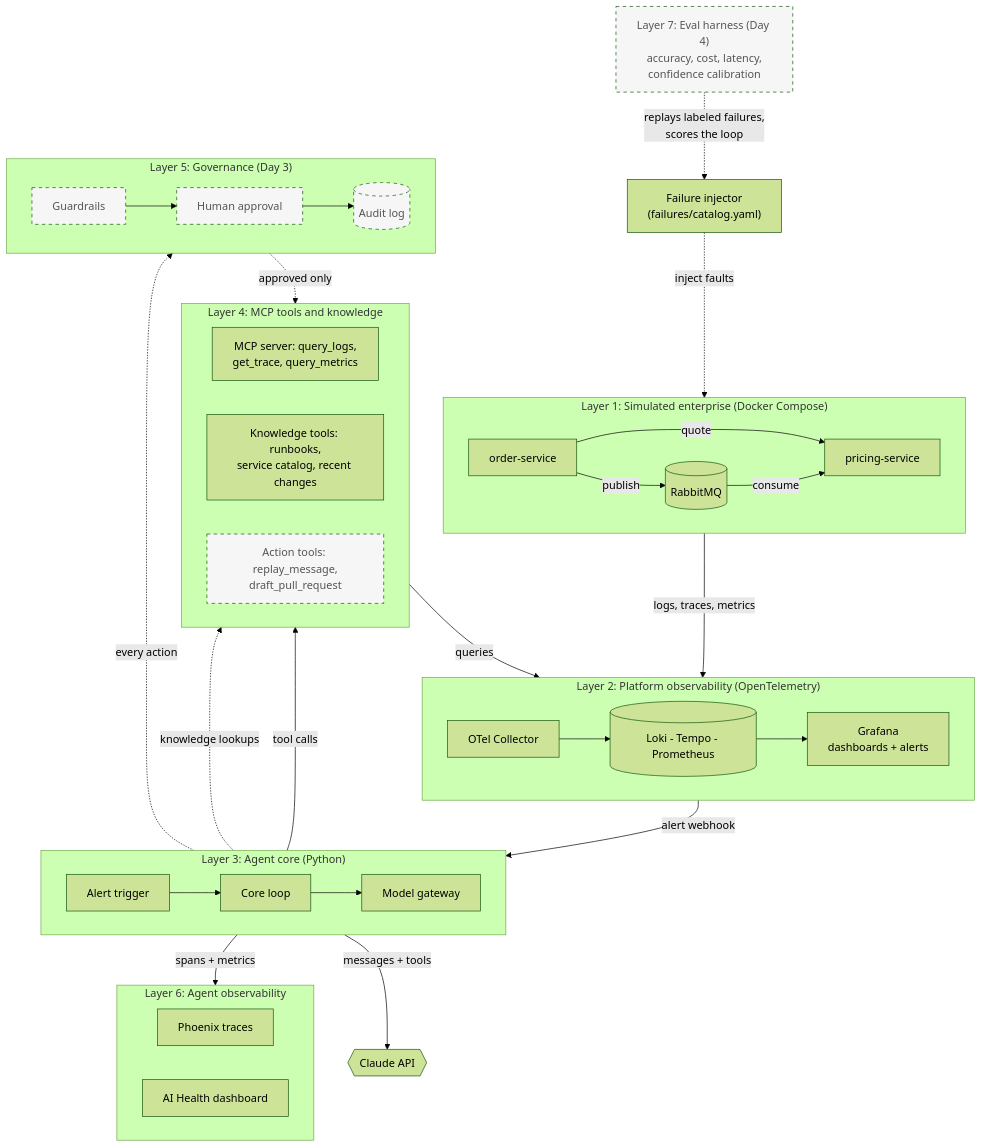
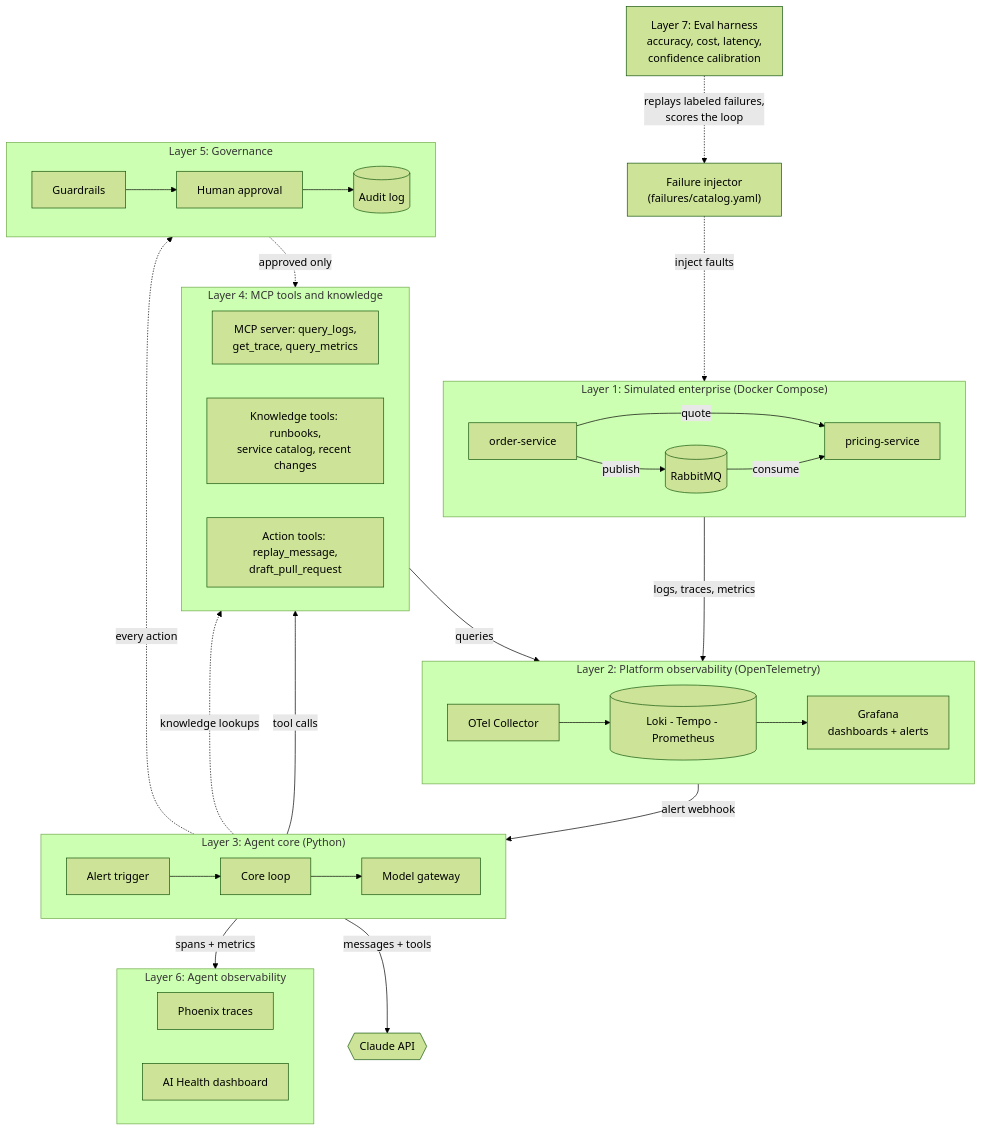
Before and after one commit to ankgupt9/agentic-incident-response: the fourth of 9 diagrams in docs/solution-design.md, drawn with Mermaid (forest theme). The commit also changed other lines of this file and 23 other files, not shown here.

````diff
--- a/docs/solution-design.md
+++ b/docs/solution-design.md
@@ -237,57 +237,57 @@
 ```mermaid
 flowchart TB
     INJ["Failure injector<br/>(failures/catalog.yaml)"]
 
     subgraph L1["Layer 1: Simulated enterprise (Docker Compose)"]
         direction LR
         ORD["order-service"] -- "quote" --> PRC["pricing-service"]
         ORD -- "publish" --> MQ[("RabbitMQ")]
         MQ -- "consume" --> PRC
     end
 
     subgraph L2["Layer 2: Platform observability (OpenTelemetry)"]
         direction LR
         COL["OTel Collector"] --> STORES[("Loki - Tempo - Prometheus")] --> GRAF["Grafana<br/>dashboards + alerts"]
     end
 
     subgraph L3["Layer 3: Agent core (Python)"]
         direction LR
         SVC["Alert trigger"] --> LOOP["Core loop"] --> GW["Model gateway"]
     end
 
     CLAUDE{{"Claude API"}}
 
     subgraph L4["Layer 4: MCP tools and knowledge"]
         direction LR
         MCP["MCP server: query_logs,<br/>get_trace, query_metrics"]
         KN["Knowledge tools: runbooks,<br/>service catalog, recent changes"]
-        ACT["Action tools: replay_message,<br/>draft_pull_request"]:::planned
+        ACT["Action tools: replay_message,<br/>draft_pull_request"]
     end
 
-    subgraph L5["Layer 5: Governance (Day 3)"]
+    subgraph L5["Layer 5: Governance"]
         direction LR
-        GR["Guardrails"]:::planned --> AP["Human approval"]:::planned --> AUD[("Audit log")]:::planned
+        GR["Guardrails"] --> AP["Human approval"] --> AUD[("Audit log")]
     end
 
     subgraph L6["Layer 6: Agent observability"]
         direction LR
         PHX["Phoenix traces"]
         AIH["AI Health dashboard"]
     end
 
-    EVAL["Layer 7: Eval harness (Day 4)<br/>accuracy, cost, latency,<br/>confidence calibration"]:::planned
+    EVAL["Layer 7: Eval harness<br/>accuracy, cost, latency,<br/>confidence calibration"]
 
     INJ -. "inject faults" .-> L1
     L1 -- "logs, traces, metrics" --> L2
     GRAF -- "alert webhook" --> SVC
     GW -- "messages + tools" --> CLAUDE
     LOOP -- "tool calls" --> MCP
     MCP -- "queries" --> STORES
     LOOP -. "every action" .-> GR
     LOOP -. "knowledge lookups" .-> KN
     AP -. "approved only" .-> ACT
     LOOP -- "spans + metrics" --> L6
     EVAL -. "replays labeled failures,<br/>scores the loop" .-> INJ
 
     classDef planned stroke-dasharray: 5 5,fill:#f6f6f6,color:#555;
 ```
````
